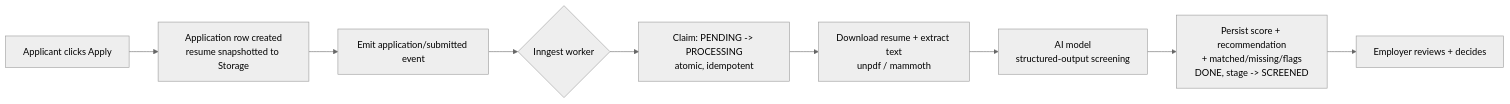
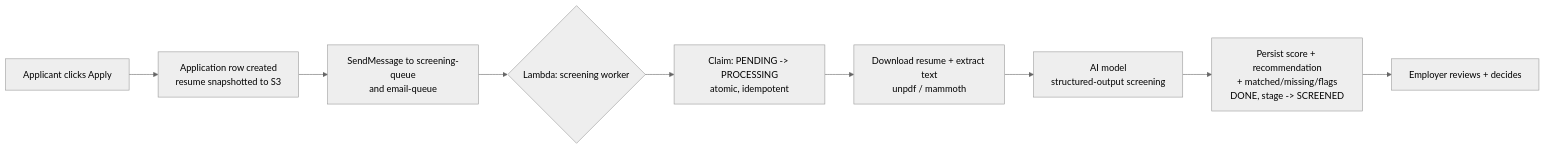
The diagram in README.md (jcarlo-vs/job-hiring-platform), drawn with Mermaid (neutral theme) before and after one commit. The commit also changed other lines of this file and 76 other files, not shown here.

````diff
--- a/README.md
+++ b/README.md
@@ -43,11 +43,11 @@
 ```mermaid
 flowchart LR
-  A[Applicant clicks Apply] --> B[Application row created<br/>resume snapshotted to Storage]
-  B --> C[Emit application/submitted event]
-  C --> D{Inngest worker}
+  A[Applicant clicks Apply] --> B[Application row created<br/>resume snapshotted to S3]
+  B --> C[SendMessage to screening-queue<br/>and email-queue]
+  C --> D{Lambda: screening worker}
   D --> E[Claim: PENDING -> PROCESSING<br/>atomic, idempotent]
   E --> F[Download resume + extract text<br/>unpdf / mammoth]
   F --> G[AI model<br/>structured-output screening]
   G --> H[Persist score + recommendation<br/>+ matched/missing/flags<br/>DONE, stage -> SCREENED]
   H --> I[Employer reviews + decides]
 ```
````
